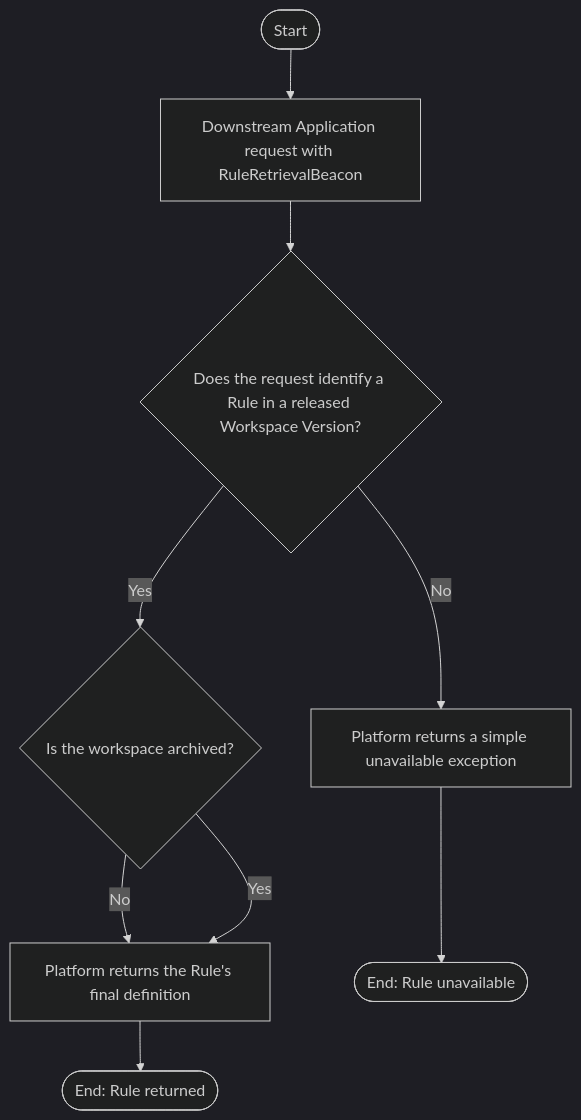
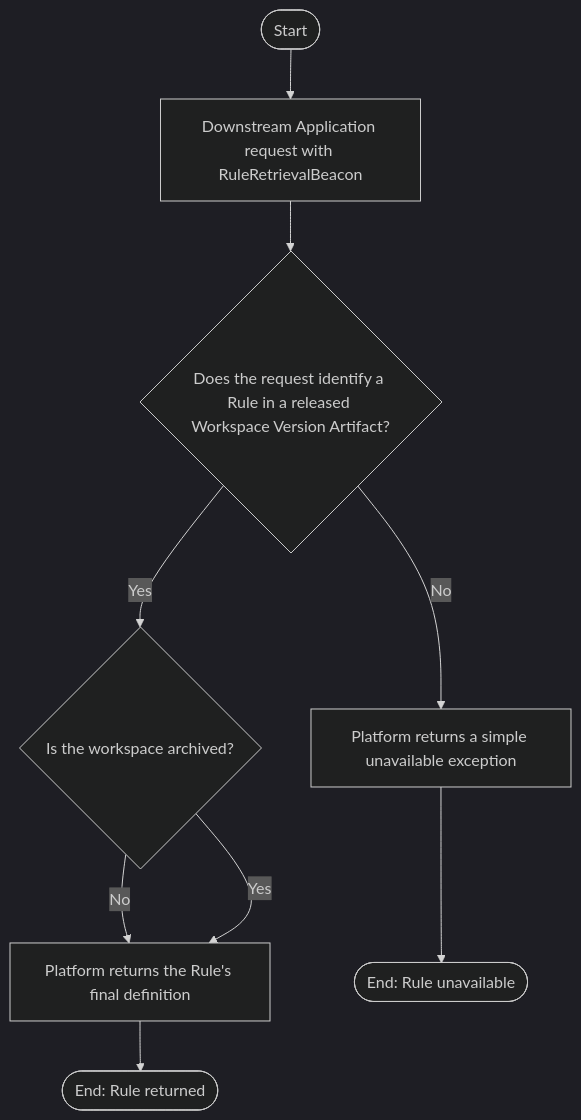
One commit to huang-xiao-jian/themis changed the diagram in specs/copernicus/use-case/retrieve-rule-from-released-workspace-version.md. Above: the diagram before and after it, drawn with Mermaid (dark theme). The commit also changed other lines of this file and 6 other files, not shown here.

Commit message:
docs(copernicus): add workspace version artifacts

````diff
--- a/specs/copernicus/use-case/retrieve-rule-from-released-workspace-version.md
+++ b/specs/copernicus/use-case/retrieve-rule-from-released-workspace-version.md
@@ -31,12 +32,12 @@
 ```mermaid
 flowchart TD
     start([Start]) --> submit[Downstream Application request with RuleRetrievalBeacon]
-    submit --> available{Does the request identify a Rule in a released Workspace Version?}
+    submit --> available{Does the request identify a Rule in a released Workspace Version Artifact?}
     available -->|Yes| archived{Is the workspace archived?}
     archived -->|No| returnRule[Platform returns the Rule's final definition]
     archived -->|Yes| returnRule
     returnRule --> endSuccess([End: Rule returned])
 
     available -->|No| unavailable[Platform returns a simple unavailable exception]
     unavailable --> endUnavailable([End: Rule unavailable])
 ```
````
